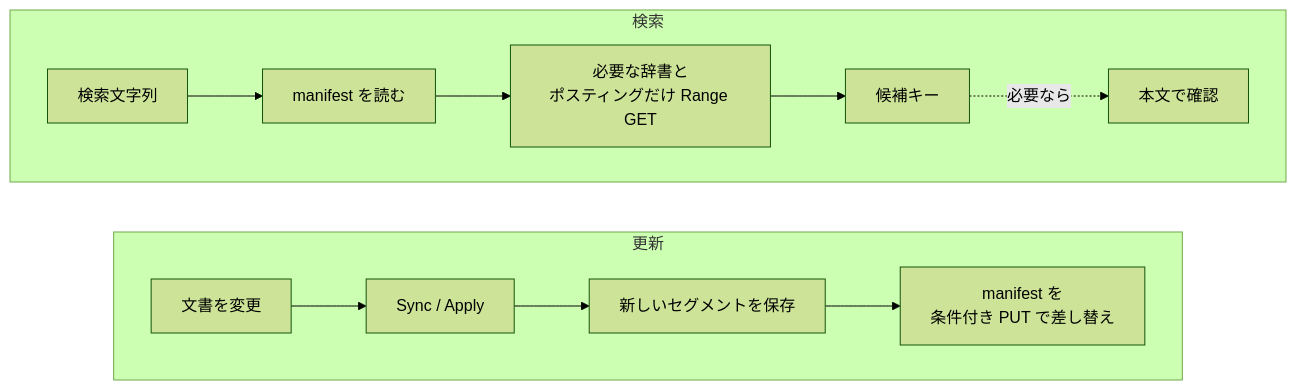
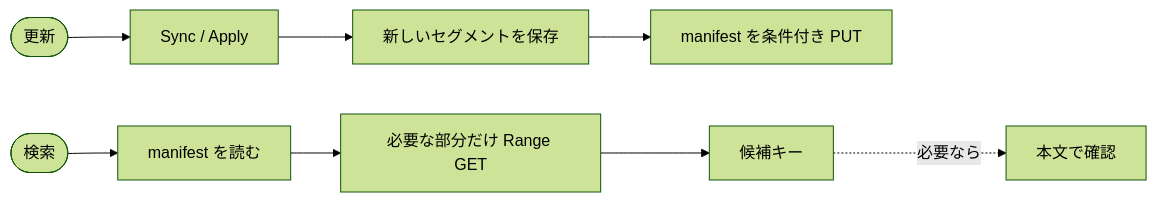
The first of 5 diagrams in README.md (s4na/fts-go-s3), drawn with Mermaid (forest theme) before and after one commit.

Commit message:
更新と検索の流れの図を簡素化する

````diff
--- a/README.md
+++ b/README.md
@@ -158,16 +158,10 @@
 ```mermaid
 flowchart LR
-    subgraph 更新
-        direction LR
-        U1["文書を変更"] --> U2["Sync / Apply"]
-        U2 --> U3["新しいセグメントを保存"]
-        U3 --> U4["manifest を<br>条件付き PUT で差し替え"]
-    end
-    subgraph 検索
-        direction LR
-        S1["検索文字列"] --> S2["manifest を読む"]
-        S2 --> S3["必要な辞書と<br>ポスティングだけ Range GET"]
-        S3 --> S4["候補キー"]
-        S4 -. 必要なら .-> S5["本文で確認"]
-    end
+    U1(["更新"]) --> U2["Sync / Apply"]
+    U2 --> U3["新しいセグメントを保存"]
+    U3 --> U4["manifest を条件付き PUT"]
+    S1(["検索"]) --> S2["manifest を読む"]
+    S2 --> S3["必要な部分だけ Range GET"]
+    S3 --> S4["候補キー"]
+    S4 -. 必要なら .-> S5["本文で確認"]
 ```
````
